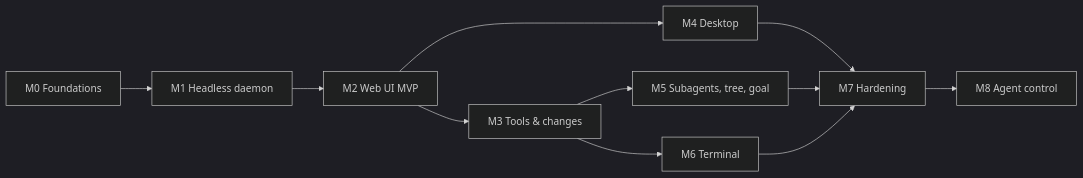
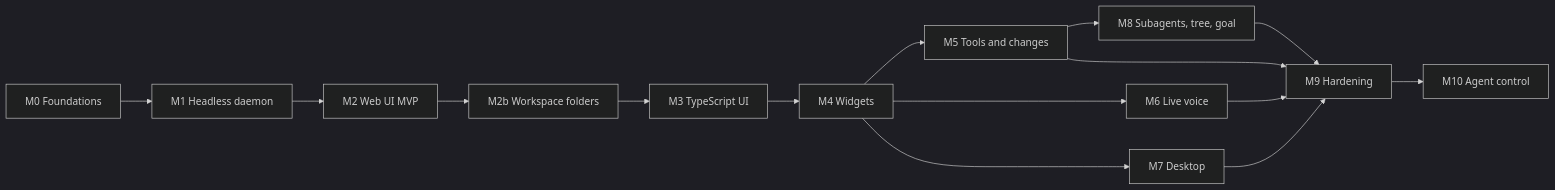
One commit to TonioGela/omfp changed the diagram in docs/specs/07-roadmap.md. Above: the diagram before and after it, drawn with Mermaid (dark theme). The commit also changed other lines of this file and 303 other files, not shown here.

First line of the commit message:
feat(ui): TypeScript UI with React 19, widgets, themes, settings and vim keymap (M3)

````diff
--- a/docs/specs/07-roadmap.md
+++ b/docs/specs/07-roadmap.md
@@ -7,8 +7,10 @@
 ```mermaid
 flowchart LR
-  M0[M0 Foundations] --> M1[M1 Headless daemon] --> M2[M2 Web UI MVP] --> M3[M3 Tools & changes]
-  M2 --> M4[M4 Desktop]
-  M3 --> M5[M5 Subagents, tree, goal]
-  M3 --> M6[M6 Terminal]
-  M4 & M5 & M6 --> M7[M7 Hardening] --> M8[M8 Agent control]
+  M0[M0 Foundations] --> M1[M1 Headless daemon] --> M2[M2 Web UI MVP] --> M2b[M2b Workspace folders]
+  M2b --> M3[M3 TypeScript UI] --> M4[M4 Widgets]
+  M4 --> M5[M5 Tools and changes]
+  M4 --> M6[M6 Live voice]
+  M4 --> M7[M7 Desktop]
+  M5 --> M8[M8 Subagents, tree, goal]
+  M5 & M6 & M7 & M8 --> M9[M9 Hardening] --> M10[M10 Agent control]
 ```
````
